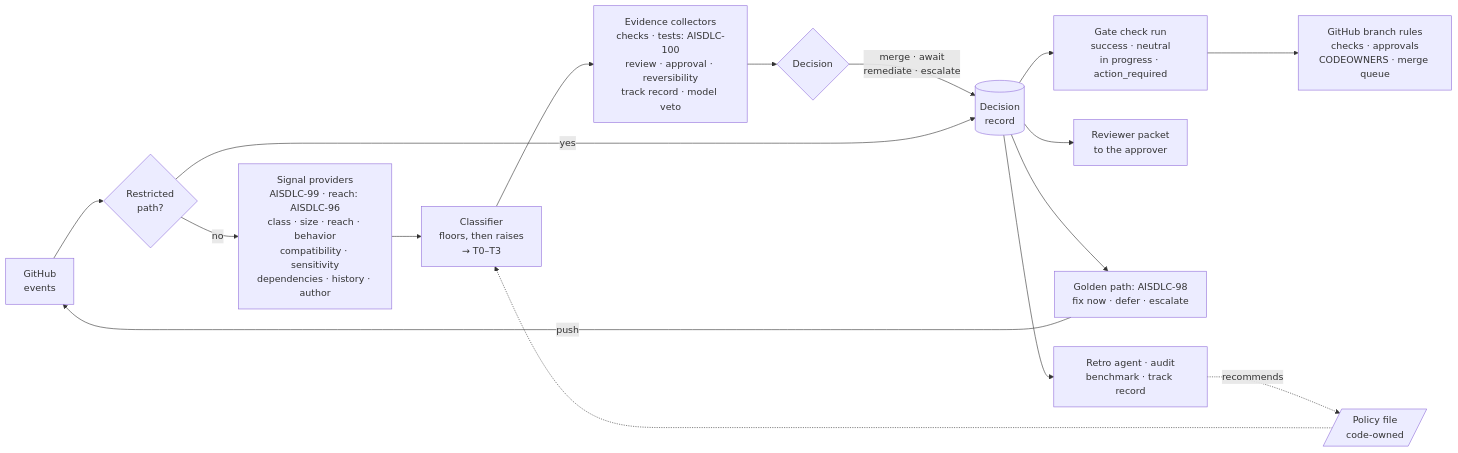
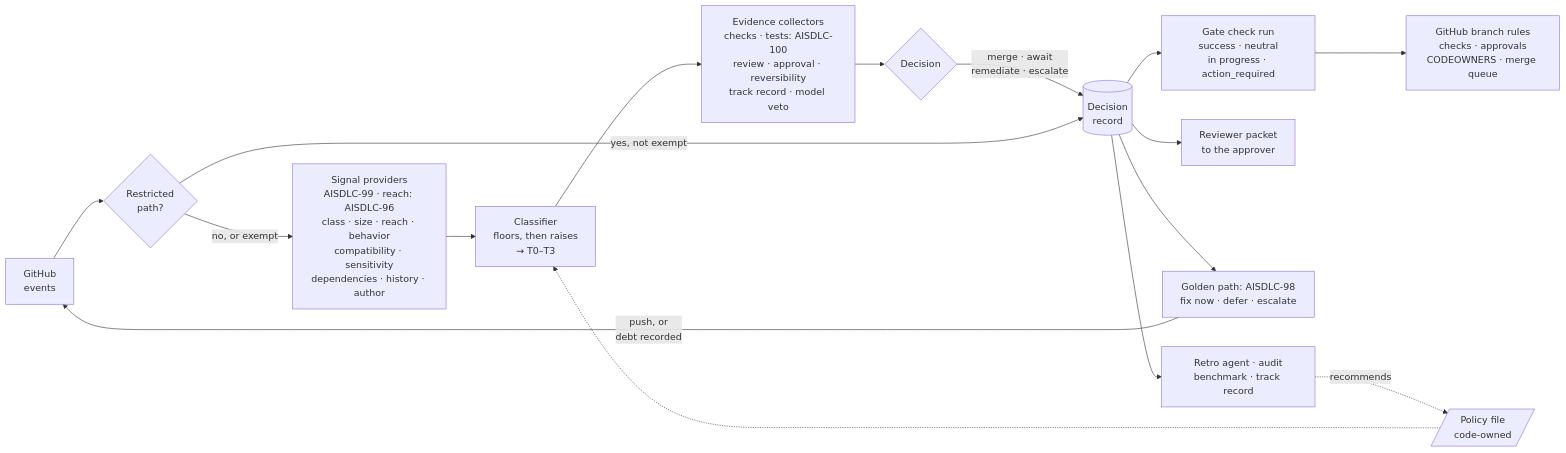
The first of 3 diagrams in docs/proposals/aisdlc-97-architecture-proposal.md (guyoron1/fullsend), drawn with Mermaid before and after one commit. The commit also changed other lines of this file, not shown here.

First line of the commit message:
docs: tighten the AISDLC-97 architecture proposal to nine pages

````diff
--- a/docs/proposals/aisdlc-97-architecture-proposal.md
+++ b/docs/proposals/aisdlc-97-architecture-proposal.md
@@ -87,17 +86,17 @@
 ```mermaid
 flowchart LR
   EV[GitHub<br/>events] --> RP{Restricted<br/>path?}
-  RP -- no --> SIG["Signal providers<br/>AISDLC-99 · reach: AISDLC-96<br/>class · size · reach · behavior<br/>compatibility · sensitivity<br/>dependencies · history · author"]
+  RP -- no, or exempt --> SIG["Signal providers<br/>AISDLC-99 · reach: AISDLC-96<br/>class · size · reach · behavior<br/>compatibility · sensitivity<br/>dependencies · history · author"]
   SIG --> CLS[Classifier<br/>floors, then raises<br/>→ T0–T3]
   CLS --> EVD["Evidence collectors<br/>checks · tests: AISDLC-100<br/>review · approval · reversibility<br/>track record · model veto"]
   EVD --> DEC{Decision}
   DEC -- merge · await<br/>remediate · escalate --> REC[(Decision<br/>record)]
-  RP -- yes --> REC
+  RP -- yes, not exempt --> REC
   REC --> CHK[Gate check run<br/>success · neutral<br/>in progress · action_required] --> GH[GitHub branch rules<br/>checks · approvals<br/>CODEOWNERS · merge queue]
   REC --> PKT[Reviewer packet<br/>to the approver]
   REC --> DEBT[Golden path: AISDLC-98<br/>fix now · defer · escalate]
-  DEBT -- push --> EV
+  DEBT -- push, or<br/>debt recorded --> EV
   REC --> POST[Retro agent · audit<br/>benchmark · track record]
   POST -. recommends .-> POL[/Policy file<br/>code-owned/]
   POL -.-> CLS
 ```
````
